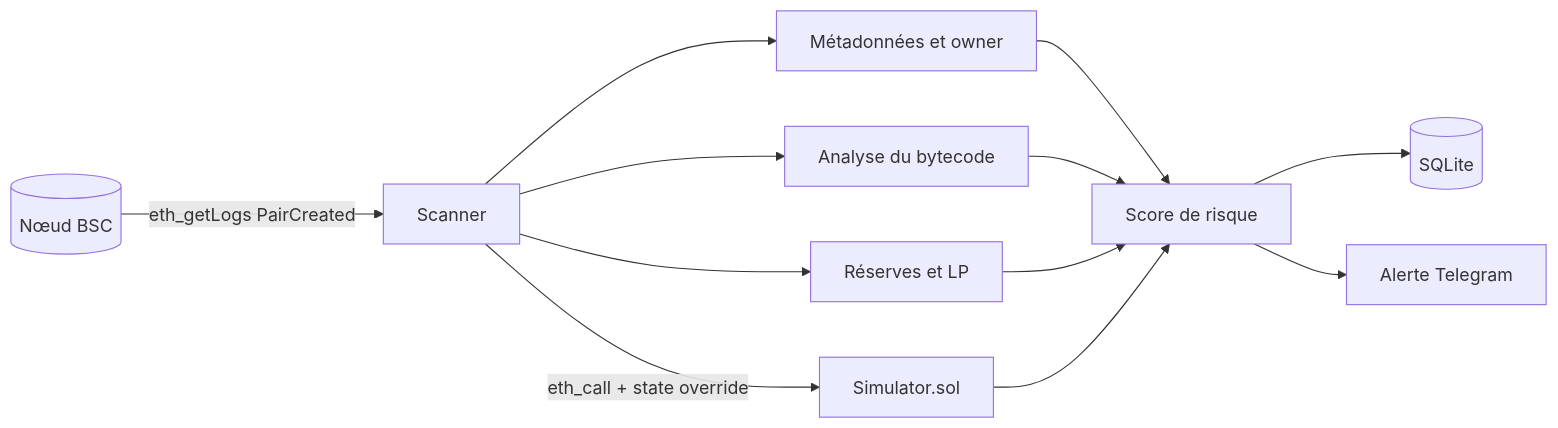
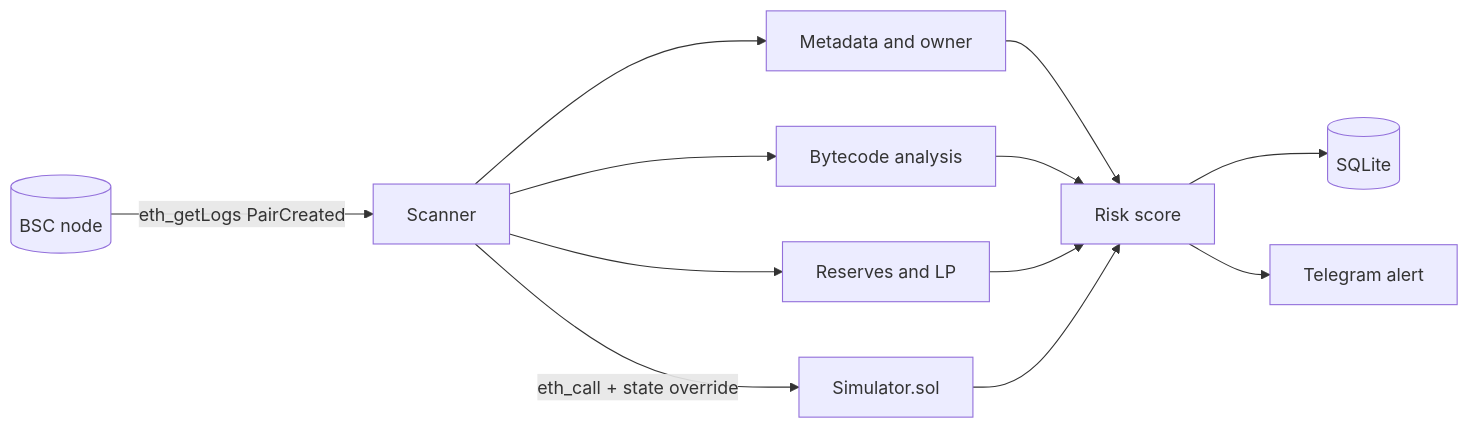
One commit to adlanehzx/rugradar changed the diagram in README.md. Above: the diagram before and after it, drawn with Mermaid. The commit also changed other lines of this file, not shown here.

````diff
--- a/README.md
+++ b/README.md
@@ -45,11 +45,11 @@
 ```mermaid
 flowchart LR
-    RPC[(Nœud BSC)] -->|eth_getLogs PairCreated| S[Scanner]
-    S --> M[Métadonnées et owner]
-    S --> B[Analyse du bytecode]
-    S --> L[Réserves et LP]
+    RPC[(BSC node)] -->|eth_getLogs PairCreated| S[Scanner]
+    S --> M[Metadata and owner]
+    S --> B[Bytecode analysis]
+    S --> L[Reserves and LP]
     S -->|eth_call + state override| SIM[Simulator.sol]
-    M & B & L & SIM --> A[Score de risque]
+    M & B & L & SIM --> A[Risk score]
     A --> DB[(SQLite)]
-    A --> TG[Alerte Telegram]
+    A --> TG[Telegram alert]
 ```
````
